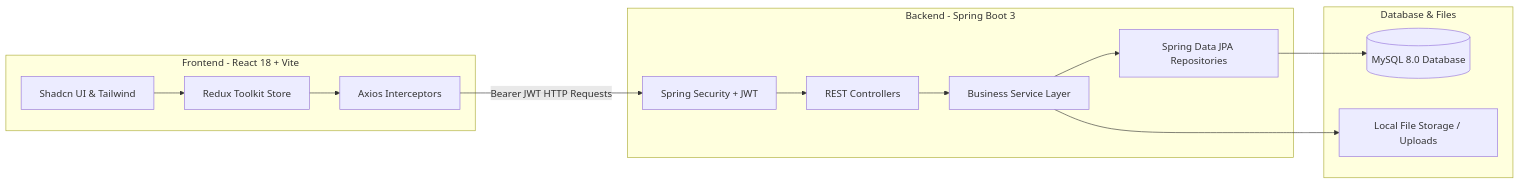
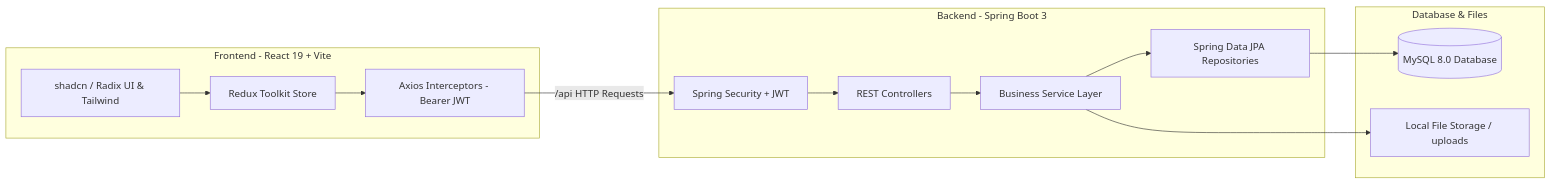
Before and after one commit to Aks056/ResolveDesk-Smart-Grievance-System: the diagram in README.md, drawn with Mermaid. The commit also changed other lines of this file and 5 other files, not shown here.

````diff
--- a/README.md
+++ b/README.md
@@ -13,25 +32,25 @@
 ```mermaid
 flowchart LR
-    subgraph Client [Frontend - React 18 + Vite]
-        UI[Shadcn UI & Tailwind]
+    subgraph Client [Frontend - React 19 + Vite]
+        UI[shadcn / Radix UI & Tailwind]
         RTK[Redux Toolkit Store]
-        AX[Axios Interceptors]
+        AX[Axios Interceptors - Bearer JWT]
     end
 
     subgraph Server [Backend - Spring Boot 3]
         SEC[Spring Security + JWT]
         CTRL[REST Controllers]
         SVC[Business Service Layer]
         DATA[Spring Data JPA Repositories]
     end
 
     subgraph Storage [Database & Files]
         DB[(MySQL 8.0 Database)]
-        FS[Local File Storage / Uploads]
+        FS[Local File Storage / uploads]
     end
 
     UI --> RTK --> AX
-    AX -->|Bearer JWT HTTP Requests| SEC --> CTRL --> SVC --> DATA
+    AX -->|/api HTTP Requests| SEC --> CTRL --> SVC --> DATA
     DATA --> DB
     SVC --> FS
 ```
````
